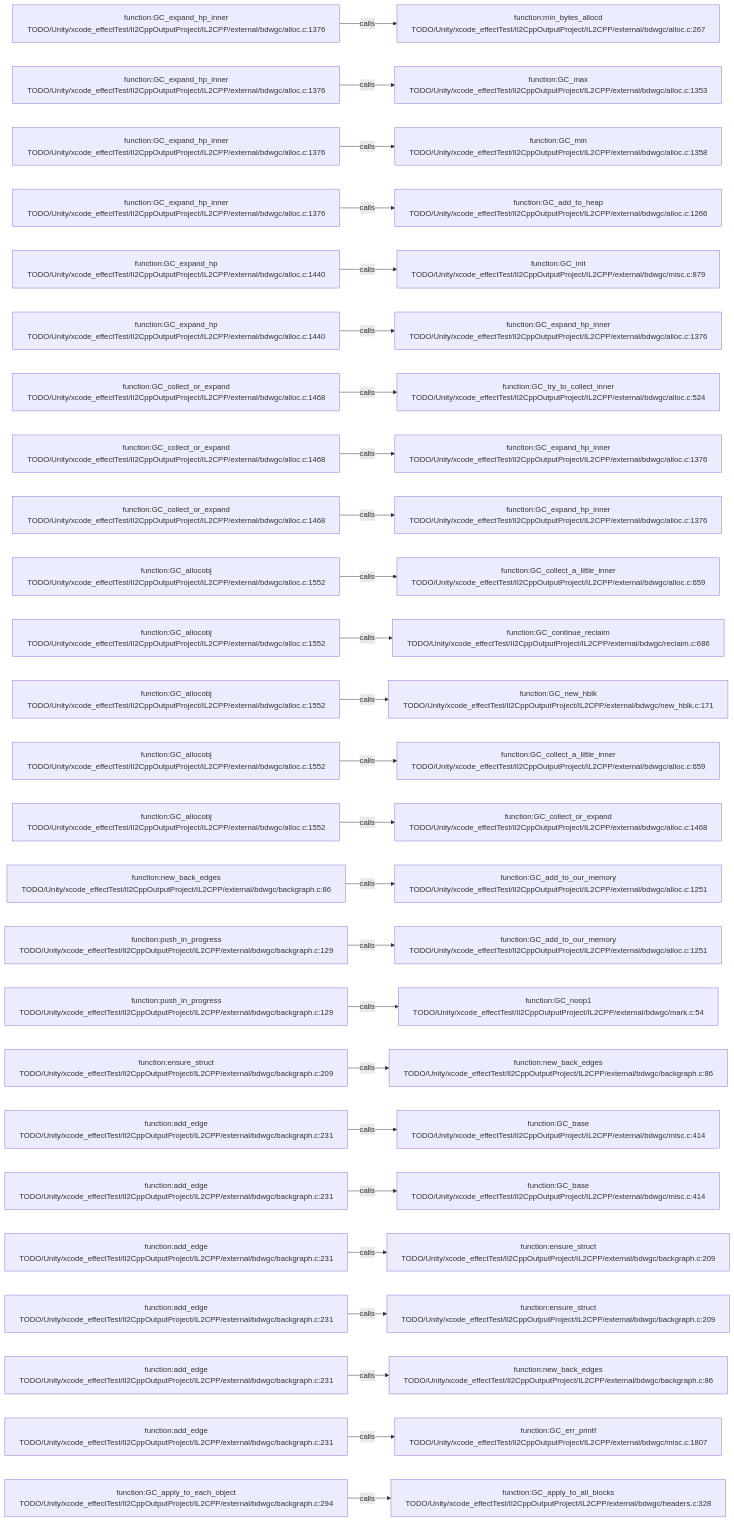
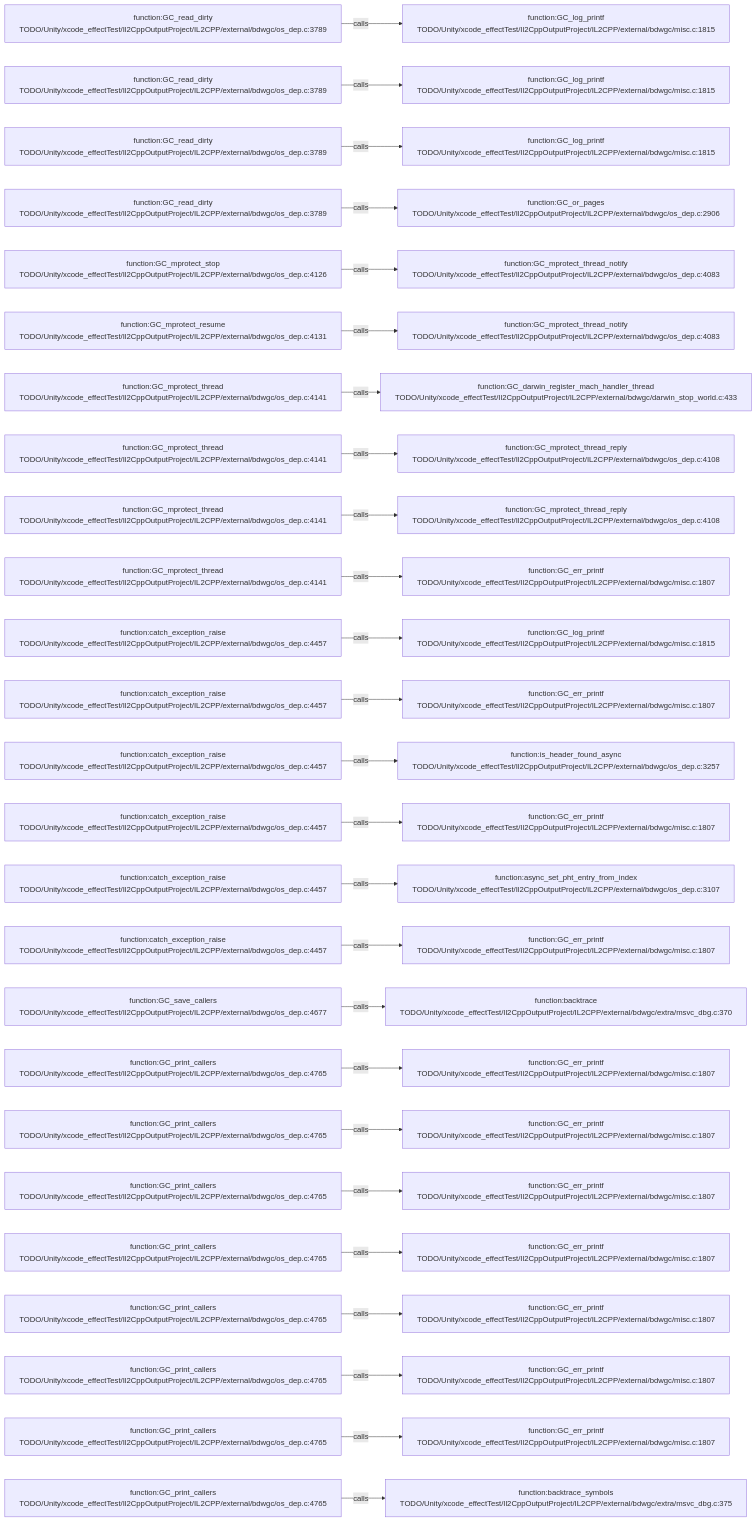
Before and after one commit to JobsKits/JobsSwiftBaseConfigDemo: the diagram in .codegraph/codegraph.md/graphs/calls-147.md, drawn with Mermaid. The commit also changed 227 other files, not shown here.

````diff
--- a/.codegraph/codegraph.md/graphs/calls-147.md
+++ b/.codegraph/codegraph.md/graphs/calls-147.md
@@ -13,78 +13,78 @@
 ```mermaid
 flowchart LR
-  S1["function:GC_expand_hp_inner<br/>TODO/Unity/xcode_effectTest/Il2CppOutputProject/IL2CPP/external/bdwgc/alloc.c:1376"]
-  T1["function:min_bytes_allocd<br/>TODO/Unity/xcode_effectTest/Il2CppOutputProject/IL2CPP/external/bdwgc/alloc.c:267"]
+  S1["function:GC_read_dirty<br/>TODO/Unity/xcode_effectTest/Il2CppOutputProject/IL2CPP/external/bdwgc/os_dep.c:3789"]
+  T1["function:GC_log_printf<br/>TODO/Unity/xcode_effectTest/Il2CppOutputProject/IL2CPP/external/bdwgc/misc.c:1815"]
   S1 -->|calls| T1
-  S2["function:GC_expand_hp_inner<br/>TODO/Unity/xcode_effectTest/Il2CppOutputProject/IL2CPP/external/bdwgc/alloc.c:1376"]
-  T2["function:GC_max<br/>TODO/Unity/xcode_effectTest/Il2CppOutputProject/IL2CPP/external/bdwgc/alloc.c:1353"]
+  S2["function:GC_read_dirty<br/>TODO/Unity/xcode_effectTest/Il2CppOutputProject/IL2CPP/external/bdwgc/os_dep.c:3789"]
+  T2["function:GC_log_printf<br/>TODO/Unity/xcode_effectTest/Il2CppOutputProject/IL2CPP/external/bdwgc/misc.c:1815"]
   S2 -->|calls| T2
-  S3["function:GC_expand_hp_inner<br/>TODO/Unity/xcode_effectTest/Il2CppOutputProject/IL2CPP/external/bdwgc/alloc.c:1376"]
-  T3["function:GC_min<br/>TODO/Unity/xcode_effectTest/Il2CppOutputProject/IL2CPP/external/bdwgc/alloc.c:1358"]
+  S3["function:GC_read_dirty<br/>TODO/Unity/xcode_effectTest/Il2CppOutputProject/IL2CPP/external/bdwgc/os_dep.c:3789"]
+  T3["function:GC_log_printf<br/>TODO/Unity/xcode_effectTest/Il2CppOutputProject/IL2CPP/external/bdwgc/misc.c:1815"]
   S3 -->|calls| T3
-  S4["function:GC_expand_hp_inner<br/>TODO/Unity/xcode_effectTest/Il2CppOutputProject/IL2CPP/external/bdwgc/alloc.c:1376"]
-  T4["function:GC_add_to_heap<br/>TODO/Unity/xcode_effectTest/Il2CppOutputProject/IL2CPP/external/bdwgc/alloc.c:1266"]
+  S4["function:GC_read_dirty<br/>TODO/Unity/xcode_effectTest/Il2CppOutputProject/IL2CPP/external/bdwgc/os_dep.c:3789"]
+  T4["function:GC_or_pages<br/>TODO/Unity/xcode_effectTest/Il2CppOutputProject/IL2CPP/external/bdwgc/os_dep.c:2906"]
   S4 -->|calls| T4
-  S5["function:GC_expand_hp<br/>TODO/Unity/xcode_effectTest/Il2CppOutputProject/IL2CPP/external/bdwgc/alloc.c:1440"]
-  T5["function:GC_init<br/>TODO/Unity/xcode_effectTest/Il2CppOutputProject/IL2CPP/external/bdwgc/misc.c:879"]
+  S5["function:GC_mprotect_stop<br/>TODO/Unity/xcode_effectTest/Il2CppOutputProject/IL2CPP/external/bdwgc/os_dep.c:4126"]
+  T5["function:GC_mprotect_thread_notify<br/>TODO/Unity/xcode_effectTest/Il2CppOutputProject/IL2CPP/external/bdwgc/os_dep.c:4083"]
   S5 -->|calls| T5
-  S6["function:GC_expand_hp<br/>TODO/Unity/xcode_effectTest/Il2CppOutputProject/IL2CPP/external/bdwgc/alloc.c:1440"]
-  T6["function:GC_expand_hp_inner<br/>TODO/Unity/xcode_effectTest/Il2CppOutputProject/IL2CPP/external/bdwgc/alloc.c:1376"]
+  S6["function:GC_mprotect_resume<br/>TODO/Unity/xcode_effectTest/Il2CppOutputProject/IL2CPP/external/bdwgc/os_dep.c:4131"]
+  T6["function:GC_mprotect_thread_notify<br/>TODO/Unity/xcode_effectTest/Il2CppOutputProject/IL2CPP/external/bdwgc/os_dep.c:4083"]
   S6 -->|calls| T6
-  S7["function:GC_collect_or_expand<br/>TODO/Unity/xcode_effectTest/Il2CppOutputProject/IL2CPP/external/bdwgc/alloc.c:1468"]
-  T7["function:GC_try_to_collect_inner<br/>TODO/Unity/xcode_effectTest/Il2CppOutputProject/IL2CPP/external/bdwgc/alloc.c:524"]
+  S7["function:GC_mprotect_thread<br/>TODO/Unity/xcode_effectTest/Il2CppOutputProject/IL2CPP/external/bdwgc/os_dep.c:4141"]
+  T7["function:GC_darwin_register_mach_handler_thread<br/>TODO/Unity/xcode_effectTest/Il2CppOutputProject/IL2CPP/external/bdwgc/darwin_stop_world.c:433"]
   S7 -->|calls| T7
-  S8["function:GC_collect_or_expand<br/>TODO/Unity/xcode_effectTest/Il2CppOutputProject/IL2CPP/external/bdwgc/alloc.c:1468"]
-  T8["function:GC_expand_hp_inner<br/>TODO/Unity/xcode_effectTest/Il2CppOutputProject/IL2CPP/external/bdwgc/alloc.c:1376"]
+  S8["function:GC_mprotect_thread<br/>TODO/Unity/xcode_effectTest/Il2CppOutputProject/IL2CPP/external/bdwgc/os_dep.c:4141"]
+  T8["function:GC_mprotect_thread_reply<br/>TODO/Unity/xcode_effectTest/Il2CppOutputProject/IL2CPP/external/bdwgc/os_dep.c:4108"]
   S8 -->|calls| T8
-  S9["function:GC_collect_or_expand<br/>TODO/Unity/xcode_effectTest/Il2CppOutputProject/IL2CPP/external/bdwgc/alloc.c:1468"]
-  T9["function:GC_expand_hp_inner<br/>TODO/Unity/xcode_effectTest/Il2CppOutputProject/IL2CPP/external/bdwgc/alloc.c:1376"]
+  S9["function:GC_mprotect_thread<br/>TODO/Unity/xcode_effectTest/Il2CppOutputProject/IL2CPP/external/bdwgc/os_dep.c:4141"]
+  T9["function:GC_mprotect_thread_reply<br/>TODO/Unity/xcode_effectTest/Il2CppOutputProject/IL2CPP/external/bdwgc/os_dep.c:4108"]
   S9 -->|calls| T9
-  S10["function:GC_allocobj<br/>TODO/Unity/xcode_effectTest/Il2CppOutputProject/IL2CPP/external/bdwgc/alloc.c:1552"]
-  T10["function:GC_collect_a_little_inner<br/>TODO/Unity/xcode_effectTest/Il2CppOutputProject/IL2CPP/external/bdwgc/alloc.c:659"]
+  S10["function:GC_mprotect_thread<br/>TODO/Unity/xcode_effectTest/Il2CppOutputProject/IL2CPP/external/bdwgc/os_dep.c:4141"]
+  T10["function:GC_err_printf<br/>TODO/Unity/xcode_effectTest/Il2CppOutputProject/IL2CPP/external/bdwgc/misc.c:1807"]
   S10 -->|calls| T10
-  S11["function:GC_allocobj<br/>TODO/Unity/xcode_effectTest/Il2CppOutputProject/IL2CPP/external/bdwgc/alloc.c:1552"]
-  T11["function:GC_continue_reclaim<br/>TODO/Unity/xcode_effectTest/Il2CppOutputProject/IL2CPP/external/bdwgc/reclaim.c:686"]
+  S11["function:catch_exception_raise<br/>TODO/Unity/xcode_effectTest/Il2CppOutputProject/IL2CPP/external/bdwgc/os_dep.c:4457"]
+  T11["function:GC_log_printf<br/>TODO/Unity/xcode_effectTest/Il2CppOutputProject/IL2CPP/external/bdwgc/misc.c:1815"]
   S11 -->|calls| T11
-  S12["function:GC_allocobj<br/>TODO/Unity/xcode_effectTest/Il2CppOutputProject/IL2CPP/external/bdwgc/alloc.c:1552"]
-  T12["function:GC_new_hblk<br/>TODO/Unity/xcode_effectTest/Il2CppOutputProject/IL2CPP/external/bdwgc/new_hblk.c:171"]
+  S12["function:catch_exception_raise<br/>TODO/Unity/xcode_effectTest/Il2CppOutputProject/IL2CPP/external/bdwgc/os_dep.c:4457"]
+  T12["function:GC_err_printf<br/>TODO/Unity/xcode_effectTest/Il2CppOutputProject/IL2CPP/external/bdwgc/misc.c:1807"]
   S12 -->|calls| T12
-  S13["function:GC_allocobj<br/>TODO/Unity/xcode_effectTest/Il2CppOutputProject/IL2CPP/external/bdwgc/alloc.c:1552"]
-  T13["function:GC_collect_a_little_inner<br/>TODO/Unity/xcode_effectTest/Il2CppOutputProject/IL2CPP/external/bdwgc/alloc.c:659"]
+  S13["function:catch_exception_raise<br/>TODO/Unity/xcode_effectTest/Il2CppOutputProject/IL2CPP/external/bdwgc/os_dep.c:4457"]
+  T13["function:is_header_found_async<br/>TODO/Unity/xcode_effectTest/Il2CppOutputProject/IL2CPP/external/bdwgc/os_dep.c:3257"]
   S13 -->|calls| T13
-  S14["function:GC_allocobj<br/>TODO/Unity/xcode_effectTest/Il2CppOutputProject/IL2CPP/external/bdwgc/alloc.c:1552"]
-  T14["function:GC_collect_or_expand<br/>TODO/Unity/xcode_effectTest/Il2CppOutputProject/IL2CPP/external/bdwgc/alloc.c:1468"]
+  S14["function:catch_exception_raise<br/>TODO/Unity/xcode_effectTest/Il2CppOutputProject/IL2CPP/external/bdwgc/os_dep.c:4457"]
+  T14["function:GC_err_printf<br/>TODO/Unity/xcode_effectTest/Il2CppOutputProject/IL2CPP/external/bdwgc/misc.c:1807"]
   S14 -->|calls| T14
-  S15["function:new_back_edges<br/>TODO/Unity/xcode_effectTest/Il2CppOutputProject/IL2CPP/external/bdwgc/backgraph.c:86"]
-  T15["function:GC_add_to_our_memory<br/>TODO/Unity/xcode_effectTest/Il2CppOutputProject/IL2CPP/external/bdwgc/alloc.c:1251"]
+  S15["function:catch_exception_raise<br/>TODO/Unity/xcode_effectTest/Il2CppOutputProject/IL2CPP/external/bdwgc/os_dep.c:4457"]
+  T15["function:async_set_pht_entry_from_index<br/>TODO/Unity/xcode_effectTest/Il2CppOutputProject/IL2CPP/external/bdwgc/os_dep.c:3107"]
   S15 -->|calls| T15
-  S16["function:push_in_progress<br/>TODO/Unity/xcode_effectTest/Il2CppOutputProject/IL2CPP/external/bdwgc/backgraph.c:129"]
-  T16["function:GC_add_to_our_memory<br/>TODO/Unity/xcode_effectTest/Il2CppOutputProject/IL2CPP/external/bdwgc/alloc.c:1251"]
+  S16["function:catch_exception_raise<br/>TODO/Unity/xcode_effectTest/Il2CppOutputProject/IL2CPP/external/bdwgc/os_dep.c:4457"]
+  T16["function:GC_err_printf<br/>TODO/Unity/xcode_effectTest/Il2CppOutputProject/IL2CPP/external/bdwgc/misc.c:1807"]
   S16 -->|calls| T16
-  S17["function:push_in_progress<br/>TODO/Unity/xcode_effectTest/Il2CppOutputProject/IL2CPP/external/bdwgc/backgraph.c:129"]
-  T17["function:GC_noop1<br/>TODO/Unity/xcode_effectTest/Il2CppOutputProject/IL2CPP/external/bdwgc/mark.c:54"]
+  S17["function:GC_save_callers<br/>TODO/Unity/xcode_effectTest/Il2CppOutputProject/IL2CPP/external/bdwgc/os_dep.c:4677"]
+  T17["function:backtrace<br/>TODO/Unity/xcode_effectTest/Il2CppOutputProject/IL2CPP/external/bdwgc/extra/msvc_dbg.c:370"]
   S17 -->|calls| T17
-  S18["function:ensure_struct<br/>TODO/Unity/xcode_effectTest/Il2CppOutputProject/IL2CPP/external/bdwgc/backgraph.c:209"]
-  T18["function:new_back_edges<br/>TODO/Unity/xcode_effectTest/Il2CppOutputProject/IL2CPP/external/bdwgc/backgraph.c:86"]
+  S18["function:GC_print_callers<br/>TODO/Unity/xcode_effectTest/Il2CppOutputProject/IL2CPP/external/bdwgc/os_dep.c:4765"]
+  T18["function:GC_err_printf<br/>TODO/Unity/xcode_effectTest/Il2CppOutputProject/IL2CPP/external/bdwgc/misc.c:1807"]
   S18 -->|calls| T18
-  S19["function:add_edge<br/>TODO/Unity/xcode_effectTest/Il2CppOutputProject/IL2CPP/external/bdwgc/backgraph.c:231"]
-  T19["function:GC_base<br/>TODO/Unity/xcode_effectTest/Il2CppOutputProject/IL2CPP/external/bdwgc/misc.c:414"]
+  S19["function:GC_print_callers<br/>TODO/Unity/xcode_effectTest/Il2CppOutputProject/IL2CPP/external/bdwgc/os_dep.c:4765"]
+  T19["function:GC_err_printf<br/>TODO/Unity/xcode_effectTest/Il2CppOutputProject/IL2CPP/external/bdwgc/misc.c:1807"]
   S19 -->|calls| T19
-  S20["function:add_edge<br/>TODO/Unity/xcode_effectTest/Il2CppOutputProject/IL2CPP/external/bdwgc/backgraph.c:231"]
-  T20["function:GC_base<br/>TODO/Unity/xcode_effectTest/Il2CppOutputProject/IL2CPP/external/bdwgc/misc.c:414"]
+  S20["function:GC_print_callers<br/>TODO/Unity/xcode_effectTest/Il2CppOutputProject/IL2CPP/external/bdwgc/os_dep.c:4765"]
+  T20["function:GC_err_printf<br/>TODO/Unity/xcode_effectTest/Il2CppOutputProject/IL2CPP/external/bdwgc/misc.c:1807"]
   S20 -->|calls| T20
-  S21["function:add_edge<br/>TODO/Unity/xcode_effectTest/Il2CppOutputProject/IL2CPP/external/bdwgc/backgraph.c:231"]
-  T21["function:ensure_struct<br/>TODO/Unity/xcode_effectTest/Il2CppOutputProject/IL2CPP/external/bdwgc/backgraph.c:209"]
+  S21["function:GC_print_callers<br/>TODO/Unity/xcode_effectTest/Il2CppOutputProject/IL2CPP/external/bdwgc/os_dep.c:4765"]
+  T21["function:GC_err_printf<br/>TODO/Unity/xcode_effectTest/Il2CppOutputProject/IL2CPP/external/bdwgc/misc.c:1807"]
   S21 -->|calls| T21
-  S22["function:add_edge<br/>TODO/Unity/xcode_effectTest/Il2CppOutputProject/IL2CPP/external/bdwgc/backgraph.c:231"]
-  T22["function:ensure_struct<br/>TODO/Unity/xcode_effectTest/Il2CppOutputProject/IL2CPP/external/bdwgc/backgraph.c:209"]
+  S22["function:GC_print_callers<br/>TODO/Unity/xcode_effectTest/Il2CppOutputProject/IL2CPP/external/bdwgc/os_dep.c:4765"]
+  T22["function:GC_err_printf<br/>TODO/Unity/xcode_effectTest/Il2CppOutputProject/IL2CPP/external/bdwgc/misc.c:1807"]
   S22 -->|calls| T22
-  S23["function:add_edge<br/>TODO/Unity/xcode_effectTest/Il2CppOutputProject/IL2CPP/external/bdwgc/backgraph.c:231"]
-  T23["function:new_back_edges<br/>TODO/Unity/xcode_effectTest/Il2CppOutputProject/IL2CPP/external/bdwgc/backgraph.c:86"]
+  S23["function:GC_print_callers<br/>TODO/Unity/xcode_effectTest/Il2CppOutputProject/IL2CPP/external/bdwgc/os_dep.c:4765"]
+  T23["function:GC_err_printf<br/>TODO/Unity/xcode_effectTest/Il2CppOutputProject/IL2CPP/external/bdwgc/misc.c:1807"]
   S23 -->|calls| T23
-  S24["function:add_edge<br/>TODO/Unity/xcode_effectTest/Il2CppOutputProject/IL2CPP/external/bdwgc/backgraph.c:231"]
+  S24["function:GC_print_callers<br/>TODO/Unity/xcode_effectTest/Il2CppOutputProject/IL2CPP/external/bdwgc/os_dep.c:4765"]
   T24["function:GC_err_printf<br/>TODO/Unity/xcode_effectTest/Il2CppOutputProject/IL2CPP/external/bdwgc/misc.c:1807"]
   S24 -->|calls| T24
-  S25["function:GC_apply_to_each_object<br/>TODO/Unity/xcode_effectTest/Il2CppOutputProject/IL2CPP/external/bdwgc/backgraph.c:294"]
-  T25["function:GC_apply_to_all_blocks<br/>TODO/Unity/xcode_effectTest/Il2CppOutputProject/IL2CPP/external/bdwgc/headers.c:328"]
+  S25["function:GC_print_callers<br/>TODO/Unity/xcode_effectTest/Il2CppOutputProject/IL2CPP/external/bdwgc/os_dep.c:4765"]
+  T25["function:backtrace_symbols<br/>TODO/Unity/xcode_effectTest/Il2CppOutputProject/IL2CPP/external/bdwgc/extra/msvc_dbg.c:375"]
   S25 -->|calls| T25
 ```
````
